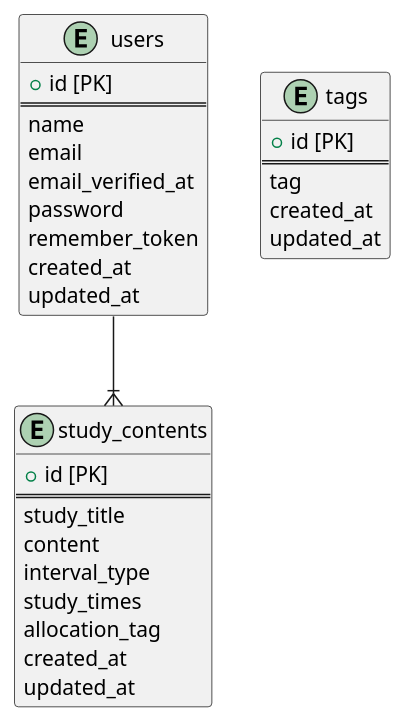
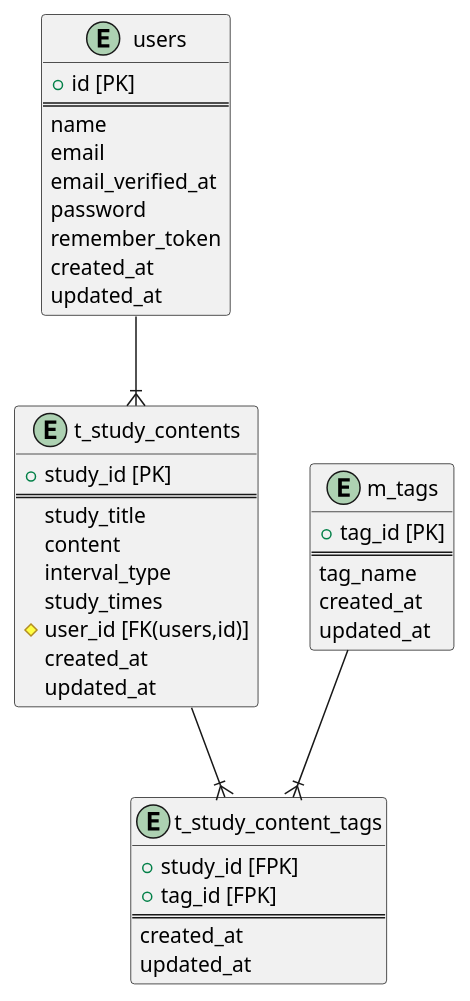
Before and after one commit to Mentalist-Group/premind: the diagram in ERdiagram.puml, drawn with PlantUML.

Commit message:
ER図作成

```diff
--- a/ERdiagram.puml
+++ b/ERdiagram.puml
@@ -1,36 +1,47 @@
 @startuml erdiagram
 entity "users" {
     + id [PK]
     ==
     name
     email
     email_verified_at
     password
     remember_token
     created_at
     updated_at
 }
 
-entity "study_contents" {
-    + id [PK]
+entity "m_tags" {
+    + tag_id [PK]
+    ==
+    tag_name
+    created_at
+    updated_at
+}
+
+entity "t_study_contents" {
+    + study_id [PK]
     ==
     study_title
     content
     interval_type
     study_times
-    allocation_tag
+    # user_id [FK(users,id)]
     created_at
     updated_at
 }
 
-entity "tags" {
-    + id [PK]
+entity "t_study_content_tags" {
+    + study_id [FPK]
+    + tag_id [FPK]
     ==
-    tag
     created_at
     updated_at
 }
 
-users --|{ study_contents
+users --|{ t_study_contents
+m_tags --|{t_study_content_tags
+t_study_contents --|{t_study_content_tags
+
 
 @enduml
```
